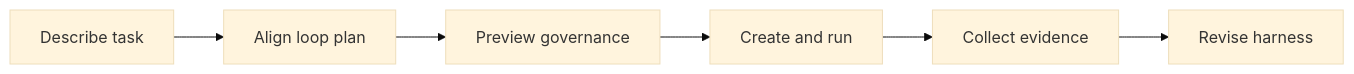
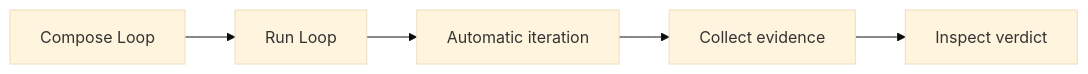
The diagram in README.md (huyusong10/Liminal), drawn with Mermaid (base theme) before and after one commit. The commit also changed other lines of this file and 49 other files, not shown here.

````diff
--- a/README.md
+++ b/README.md
@@ -108,8 +105,7 @@
 ```mermaid
 flowchart LR
-    A["Describe task"] --> B["Align loop plan"]
-    B --> C["Preview governance"]
-    C --> D["Create and run"]
-    D --> E["Collect evidence"]
-    E --> F["Revise harness"]
+    A["Compose Loop"] --> B["Run Loop"]
+    B --> C["Automatic iteration"]
+    C --> D["Collect evidence"]
+    D --> E["Inspect verdict"]
 ```
````
